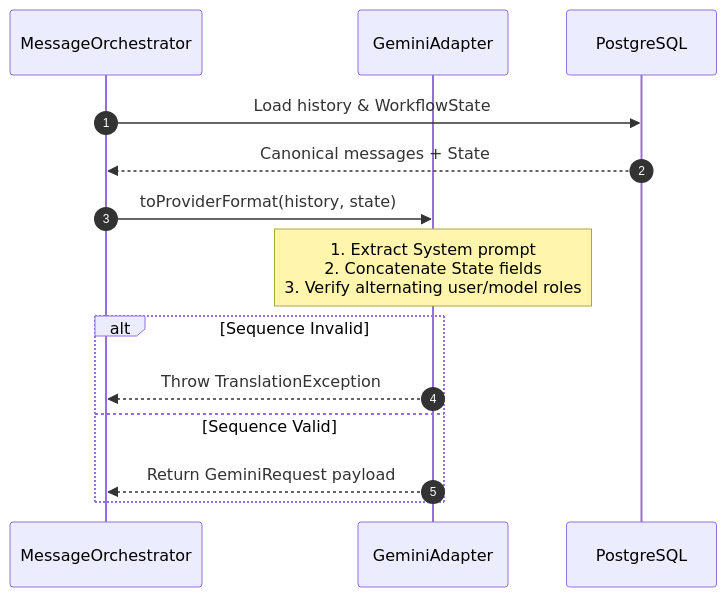
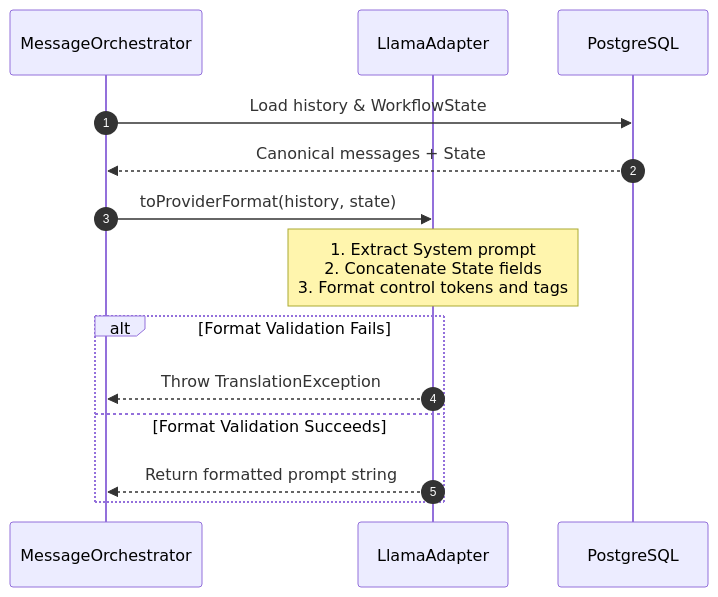
The second of 2 diagrams in Docs/Learning/03_Provider_Adapter_Pattern.md (vaibhv19/Conclave), drawn with Mermaid before and after one commit. The commit also changed other lines of this file, not shown here.

Commit message:
docs: update adapter pattern learning chapter for chat templates

````diff
--- a/Docs/Learning/03_Provider_Adapter_Pattern.md
+++ b/Docs/Learning/03_Provider_Adapter_Pattern.md
@@ -95,19 +109,19 @@
 ```mermaid
 sequenceDiagram
     autonumber
     participant Orch as MessageOrchestrator
-    participant Adapter as GeminiAdapter
+    participant Adapter as LlamaAdapter
     participant DB as PostgreSQL
 
     Orch->>DB: Load history & WorkflowState
     DB-->>Orch: Canonical messages + State
     Orch->>Adapter: toProviderFormat(history, state)
     
-    Note over Adapter: 1. Extract System prompt<br/>2. Concatenate State fields<br/>3. Verify alternating user/model roles
+    Note over Adapter: 1. Extract System prompt<br/>2. Concatenate State fields<br/>3. Format control tokens and tags
     
-    alt Sequence Invalid
+    alt Format Validation Fails
         Adapter-->>Orch: Throw TranslationException
-    else Sequence Valid
-        Adapter-->>Orch: Return GeminiRequest payload
+    else Format Validation Succeeds
+        Adapter-->>Orch: Return formatted prompt string
     end
 ```
````
